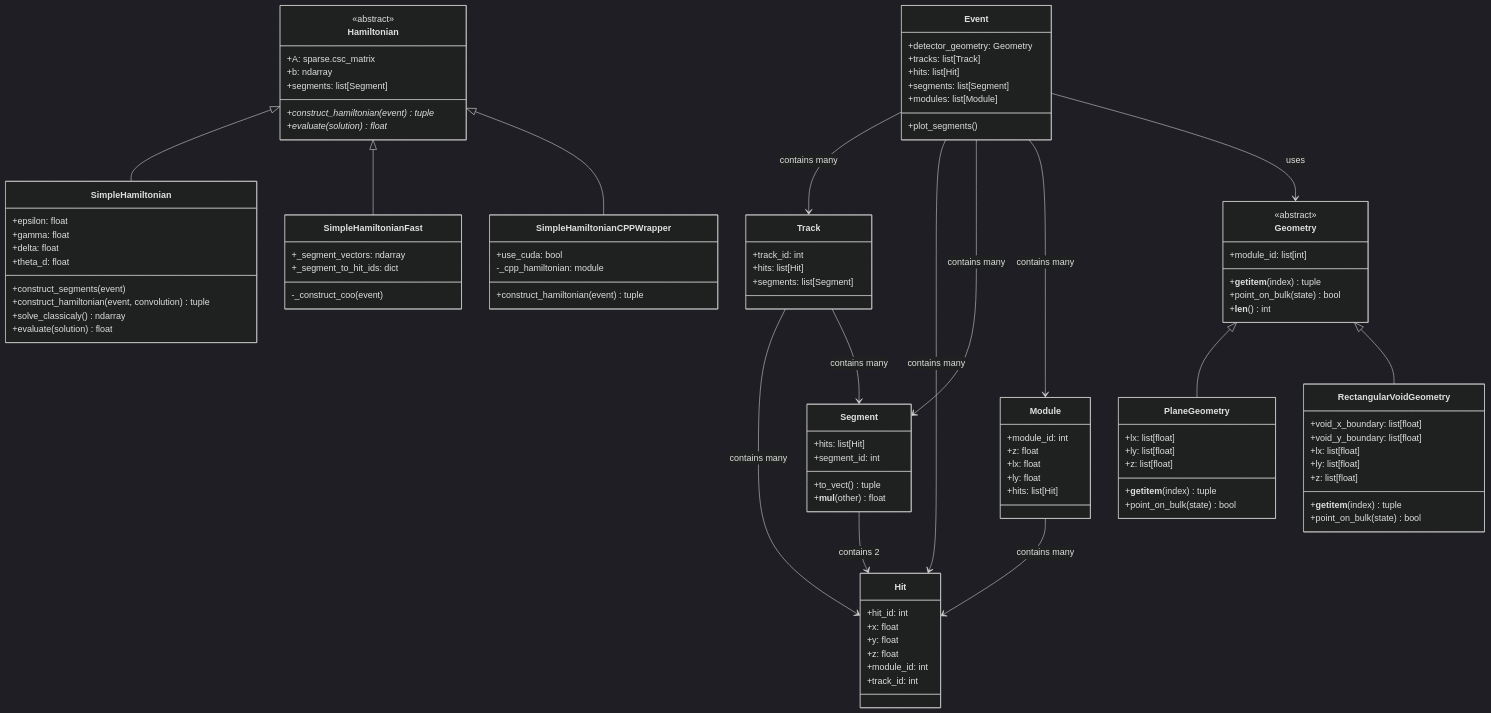
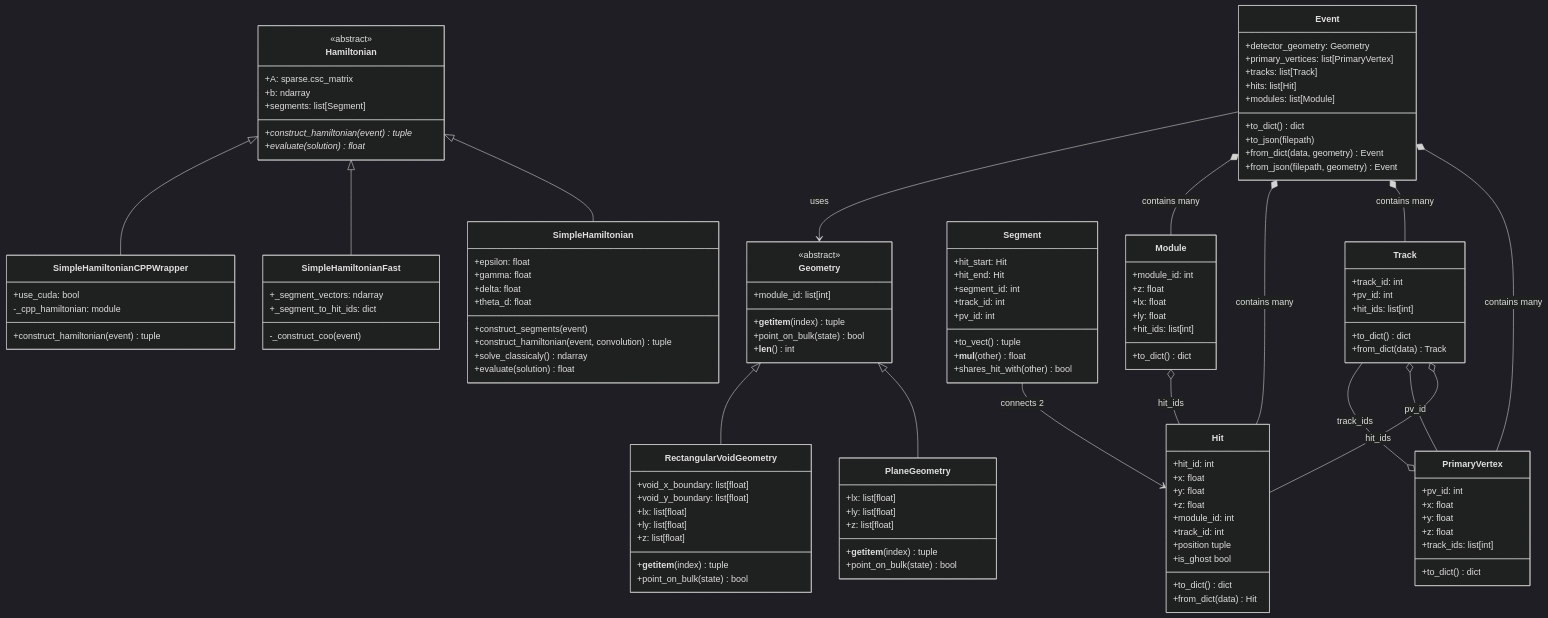
The third of 13 diagrams in docs/FLOW_DIAGRAMS.md (GeorgeWilliam1999/LHCb_VeLo_Toy_Model), drawn with Mermaid (dark theme) before and after one commit. The commit also changed other lines of this file and 21 other files, not shown here.

````diff
--- a/docs/FLOW_DIAGRAMS.md
+++ b/docs/FLOW_DIAGRAMS.md
@@ -197,19 +197,38 @@
         +z: float
         +module_id: int
         +track_id: int
+        +position tuple
+        +is_ghost bool
+        +to_dict() dict
+        +from_dict(data) Hit
     }
     
     class Segment {
-        +hits: list[Hit]
+        +hit_start: Hit
+        +hit_end: Hit
         +segment_id: int
+        +track_id: int
+        +pv_id: int
         +to_vect() tuple
         +__mul__(other) float
+        +shares_hit_with(other) bool
     }
     
     class Track {
         +track_id: int
-        +hits: list[Hit]
-        +segments: list[Segment]
+        +pv_id: int
+        +hit_ids: list[int]
+        +to_dict() dict
+        +from_dict(data) Track
+    }
+    
+    class PrimaryVertex {
+        +pv_id: int
+        +x: float
+        +y: float
+        +z: float
+        +track_ids: list[int]
+        +to_dict() dict
     }
     
     class Module {
@@ -217,25 +236,30 @@
         +z: float
         +lx: float
         +ly: float
-        +hits: list[Hit]
+        +hit_ids: list[int]
+        +to_dict() dict
     }
     
     class Event {
         +detector_geometry: Geometry
+        +primary_vertices: list[PrimaryVertex]
         +tracks: list[Track]
         +hits: list[Hit]
-        +segments: list[Segment]
         +modules: list[Module]
-        +plot_segments()
+        +to_dict() dict
+        +to_json(filepath)
+        +from_dict(data, geometry) Event
+        +from_json(filepath, geometry) Event
     }
     
-    Segment --> Hit : contains 2
-    Track --> Hit : contains many
-    Track --> Segment : contains many
-    Module --> Hit : contains many
-    Event --> Track : contains many
-    Event --> Hit : contains many
-    Event --> Segment : contains many
-    Event --> Module : contains many
+    Segment --> Hit : connects 2
+    Track o-- Hit : hit_ids
+    Track o-- PrimaryVertex : pv_id
+    PrimaryVertex o-- Track : track_ids
+    Module o-- Hit : hit_ids
+    Event *-- PrimaryVertex : contains many
+    Event *-- Track : contains many
+    Event *-- Hit : contains many
+    Event *-- Module : contains many
     Event --> Geometry : uses
 ```
````
